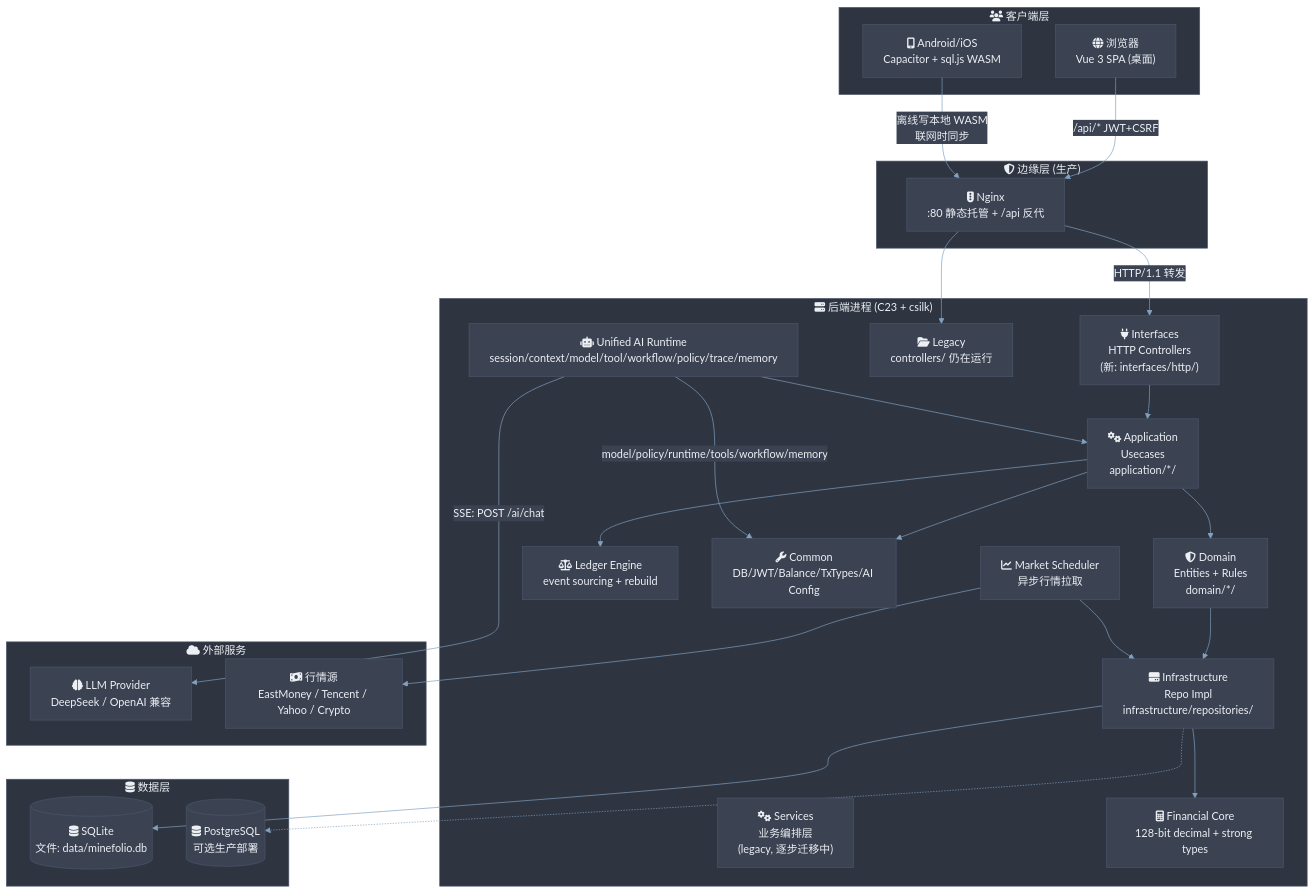
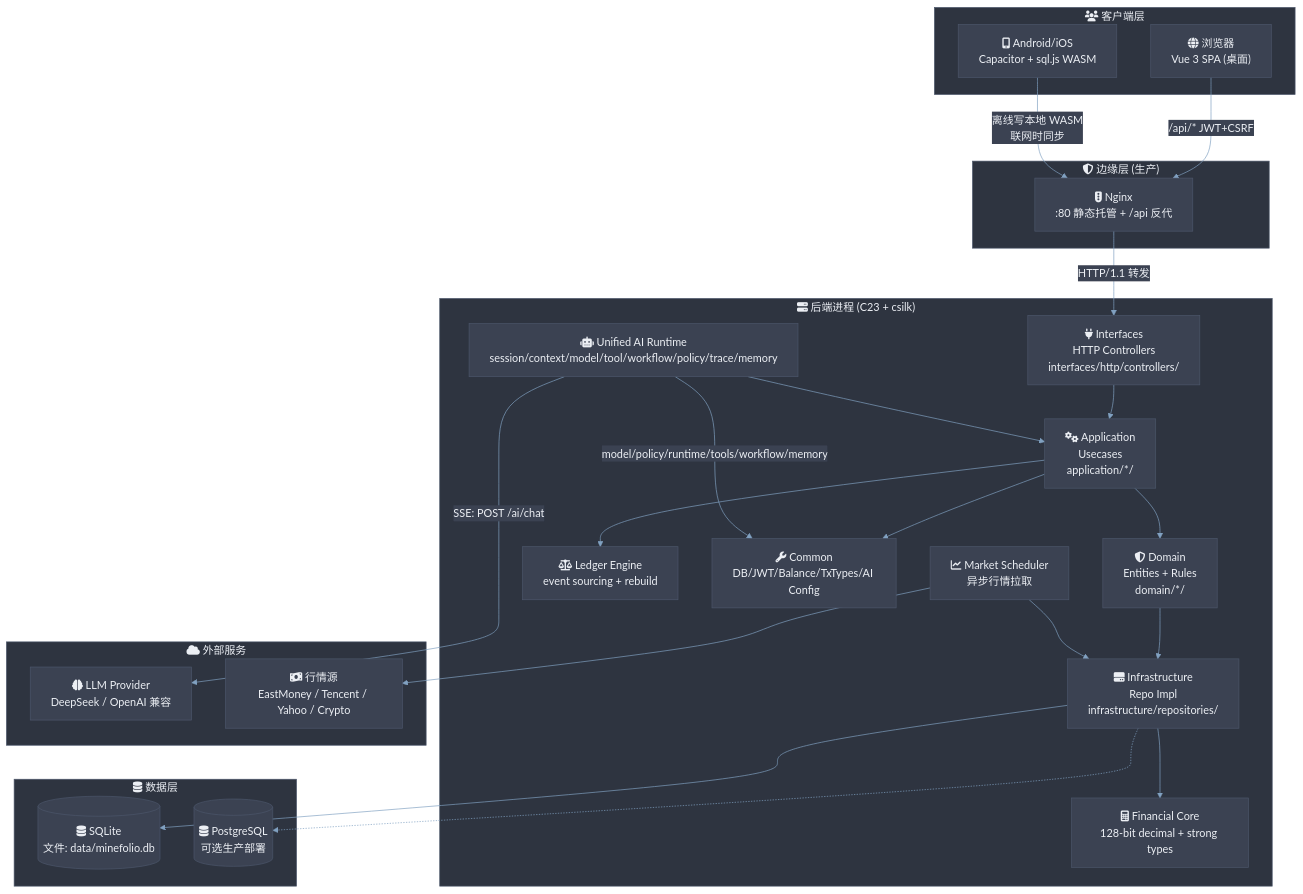
One commit to quintin-lee/Minefolio changed the first of 9 diagrams in docs/architecture.md. Above: the diagram before and after it, drawn with Mermaid. The commit also changed other lines of this file and 8 other files, not shown here.

````diff
--- a/docs/architecture.md
+++ b/docs/architecture.md
@@ -23,65 +23,62 @@
 ```mermaid
 %%{init: {
   'theme': 'base',
   'themeVariables': {
     'background': '#2E3440','primaryColor': '#81A1C1','primaryBorderColor': '#4C566A',
     'primaryTextColor': '#ECEFF4','secondaryColor': '#3B4252','secondaryBorderColor': '#434C5E',
     'secondaryTextColor': '#D8DEE9','lineColor': '#81A1C1','textColor': '#ECEFF4',
     'mainBkg': '#3B4252','nodeBorder': '#4C566A','clusterBkg': '#2E3440',
     'clusterBorder': '#4C566A','titleColor': '#ECEFF4','edgeLabelBackground': '#3B4252',
     'nodeTextColor': '#ECEFF4'
   },
   'flowchart': {'htmlLabels': true, 'curve': 'basis'}
 }}%%
 graph TB
     subgraph clients["fa:fa-users 客户端层"]
         browser["fa:fa-globe 浏览器<br/>Vue 3 SPA (桌面)"]
         mobile["fa:fa-mobile-alt Android/iOS<br/>Capacitor + sql.js WASM"]
     end
 
     subgraph edge["fa:fa-shield-alt 边缘层 (生产)"]
         nginx["fa:fa-traffic-light Nginx<br/>:80 静态托管 + /api 反代"]
     end
 
     subgraph backend["fa:fa-server 后端进程 (C23 + csilk)"]
-        interfaces["fa:fa-plug Interfaces<br/>HTTP Controllers<br/>(新: interfaces/http/)"]
-        legacy_ctrl["fa:fa-folder-open Legacy<br/>controllers/ 仍在运行"]
-        svc["fa:fa-cogs Services<br/>业务编排层<br/>(legacy, 逐步迁移中)"]
+        interfaces["fa:fa-plug Interfaces<br/>HTTP Controllers<br/>interfaces/http/controllers/"]
         app["fa:fa-cogs Application<br/>Usecases<br/>application/*/"]
         domain["fa:fa-shield-alt Domain<br/>Entities + Rules<br/>domain/*/"]
         infra["fa:fa-hdd Infrastructure<br/>Repo Impl<br/>infrastructure/repositories/"]
         core["fa:fa-calculator Financial Core<br/>128-bit decimal + strong types"]
         ledger["fa:fa-balance-scale Ledger Engine<br/>event sourcing + rebuild"]
         shared["fa:fa-wrench Common<br/>DB/JWT/Balance/TxTypes/AI Config"]
         ai["fa:fa-robot Unified AI Runtime<br/>session/context/model/tool/workflow/policy/trace/memory"]
         market["fa:fa-chart-line Market Scheduler<br/>异步行情拉取"]
     end
 
     subgraph data["fa:fa-database 数据层"]
         sqlite[("fa:fa-database SQLite<br/>文件: data/minefolio.db")]
         pg[("fa:fa-database PostgreSQL<br/>可选生产部署")]
     end
 
     subgraph external["fa:fa-cloud 外部服务"]
         llm["fa:fa-brain LLM Provider<br/>DeepSeek / OpenAI 兼容"]
         quotes["fa:fa-money-bill-wave 行情源<br/>EastMoney / Tencent / Yahoo / Crypto"]
     end
 
     browser -->|"/api/* JWT+CSRF"| nginx
     mobile -->|"离线写本地 WASM<br/>联网时同步"| nginx
     nginx -->|"HTTP/1.1 转发"| interfaces
-    nginx --> legacy_ctrl
     interfaces --> app
     app --> domain
     domain --> infra
     infra --> core
     app --> ledger
     app --> shared
     ai --> app
     ai -->|"model/policy/runtime/tools/workflow/memory"| shared
     market --> quotes
     market --> infra
     ai -->|"SSE: POST /ai/chat"| llm
     infra --> sqlite
     infra -.-> pg
 ```
````
